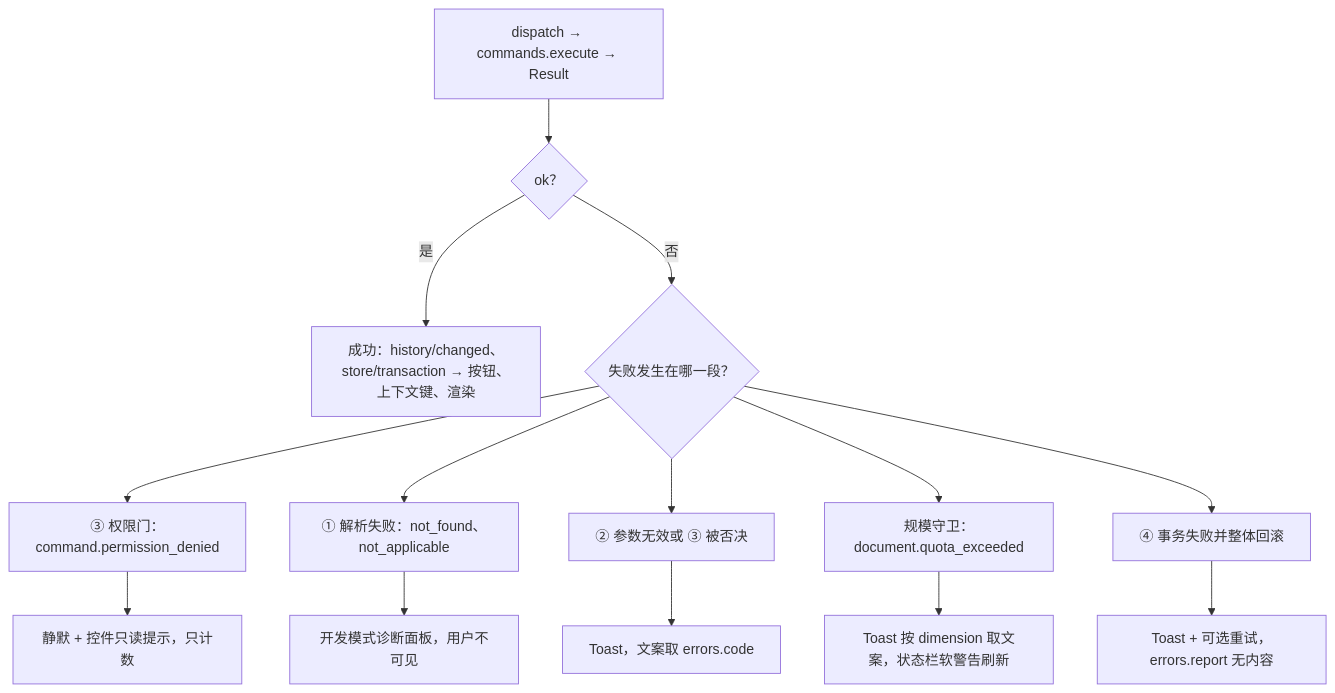
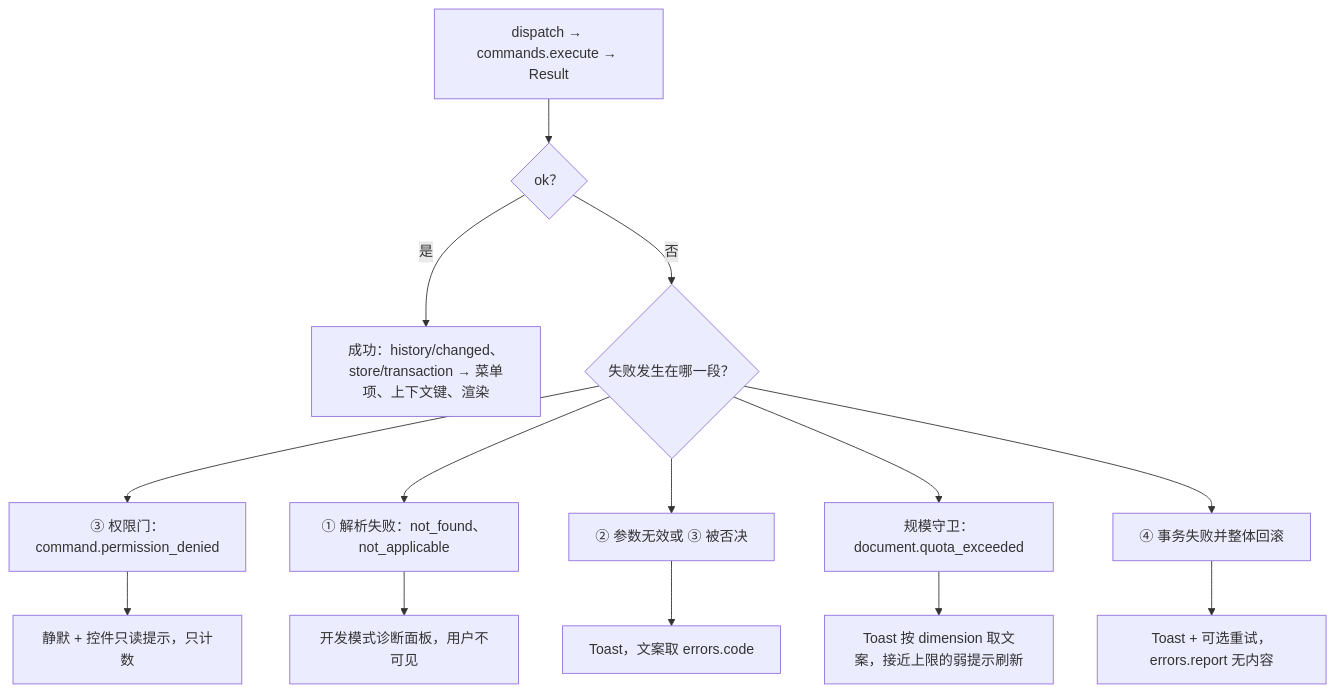
One commit to Xeonice/cordis-ppt-editor changed the fourth of 7 diagrams in docs/50-frontend/04-document-commands-and-undo.md. Above: the diagram before and after it, drawn with Mermaid. The commit also changed other lines of this file and 25 other files, not shown here.

````diff
--- a/docs/50-frontend/04-document-commands-and-undo.md
+++ b/docs/50-frontend/04-document-commands-and-undo.md
@@ -220,25 +221,25 @@
 ```mermaid
 flowchart TB
   run["dispatch → commands.execute → Result"]
   ok{"ok？"}
-  applied["成功：history/changed、store/transaction → 按钮、上下文键、渲染"]
+  applied["成功：history/changed、store/transaction → 菜单项、上下文键、渲染"]
   reason{"失败发生在哪一段？"}
   perm["③ 权限门：command.permission_denied"]
   quiet["静默 + 控件只读提示，只计数"]
   early["① 解析失败：not_found、not_applicable"]
   diag["开发模式诊断面板，用户不可见"]
   valid["② 参数无效或 ③ 被否决"]
   toastPlain["Toast，文案取 errors.code"]
   quota["规模守卫：document.quota_exceeded"]
-  toastQuota["Toast 按 dimension 取文案，状态栏软警告刷新"]
+  toastQuota["Toast 按 dimension 取文案，接近上限的弱提示刷新"]
   fail["④ 事务失败并整体回滚"]
   toastRetry["Toast + 可选重试，errors.report 无内容"]
   run --> ok
   ok -- "是" --> applied
   ok -- "否" --> reason
   reason --> perm --> quiet
   reason --> early --> diag
   reason --> valid --> toastPlain
   reason --> quota --> toastQuota
   reason --> fail --> toastRetry
 ```
````
